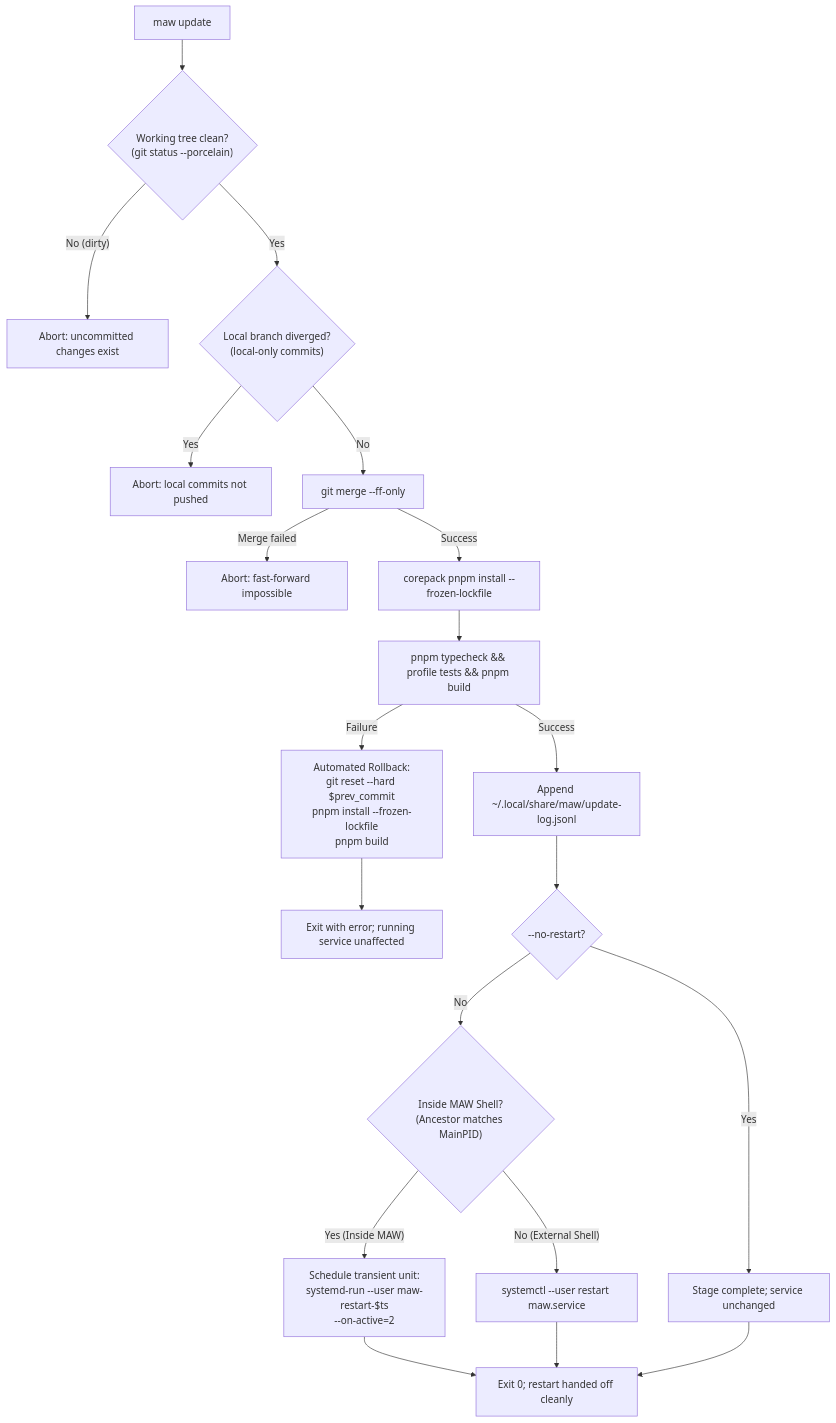
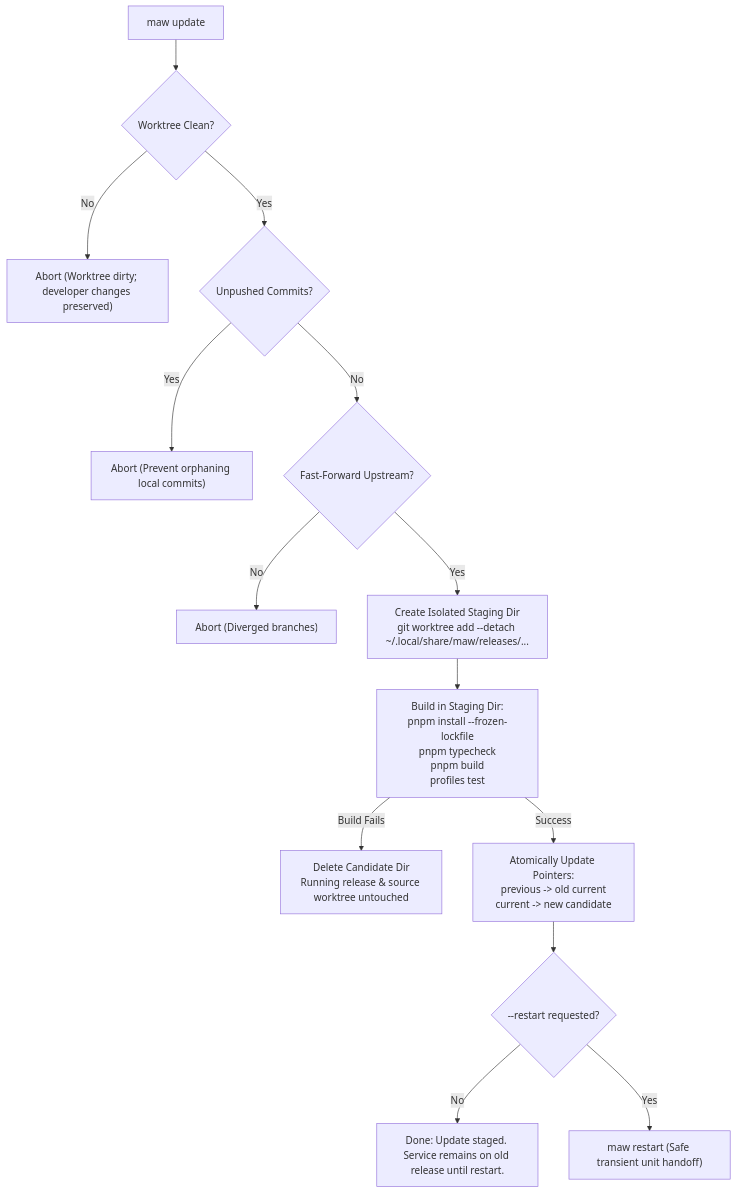
The diagram in docs/maw/LAUNCHER.md (Anvilary/Workbench), drawn with Mermaid before and after one commit. The commit also changed other lines of this file and 9 other files, not shown here.

Commit message:
fix(maw): implement isolated release-staging, non-destructive rollback, and safe restart handoff

````diff
--- a/docs/maw/LAUNCHER.md
+++ b/docs/maw/LAUNCHER.md
@@ -159,22 +124,16 @@
 ```mermaid
 flowchart TD
-    A["maw update"] --> B{"Working tree clean?<br>(git status --porcelain)"}
-    B -- "No (dirty)" --> ERR1["Abort: uncommitted changes exist"]
-    B -- "Yes" --> C{"Local branch diverged?<br>(local-only commits)"}
-    C -- "Yes" --> ERR2["Abort: local commits not pushed"]
-    C -- "No" --> D["git merge --ff-only"]
-    D -- "Merge failed" --> ERR3["Abort: fast-forward impossible"]
-    D -- "Success" --> E["corepack pnpm install --frozen-lockfile"]
-    E --> F["pnpm typecheck && profile tests && pnpm build"]
-    F -- "Failure" --> ROLLBACK["Automated Rollback:<br>git reset --hard $prev_commit<br>pnpm install --frozen-lockfile<br>pnpm build"]
-    ROLLBACK --> ERR4["Exit with error; running service unaffected"]
-    F -- "Success" --> LOG["Append ~/.local/share/maw/update-log.jsonl"]
-    LOG --> G{"--no-restart?"}
-    G -- "Yes" --> H["Stage complete; service unchanged"]
-    G -- "No" --> I{"Inside MAW Shell?<br>(Ancestor matches MainPID)"}
-    I -- "Yes (Inside MAW)" --> J["Schedule transient unit:<br>systemd-run --user maw-restart-$ts<br>--on-active=2"]
-    I -- "No (External Shell)" --> K["systemctl --user restart maw.service"]
-    J --> DONE["Exit 0; restart handed off cleanly"]
-    K --> DONE
-    H --> DONE
+    A["maw update"] --> B{"Worktree Clean?"}
+    B -- No --> C["Abort (Worktree dirty; developer changes preserved)"]
+    B -- Yes --> D{"Unpushed Commits?"}
+    D -- Yes --> E["Abort (Prevent orphaning local commits)"]
+    D -- No --> F{"Fast-Forward Upstream?"}
+    F -- No --> G["Abort (Diverged branches)"]
+    F -- Yes --> H["Create Isolated Staging Dir\ngit worktree add --detach ~/.local/share/maw/releases/..."]
+    H --> I["Build in Staging Dir:\npnpm install --frozen-lockfile\npnpm typecheck\npnpm build\nprofiles test"]
+    I -- Build Fails --> J["Delete Candidate Dir\nRunning release & source worktree untouched"]
+    I -- Success --> K["Atomically Update Pointers:\nprevious -> old current\ncurrent -> new candidate"]
+    K --> L{"--restart requested?"}
+    L -- No --> M["Done: Update staged. Service remains on old release until restart."]
+    L -- Yes --> N["maw restart (Safe transient unit handoff)"]
 ```
````
